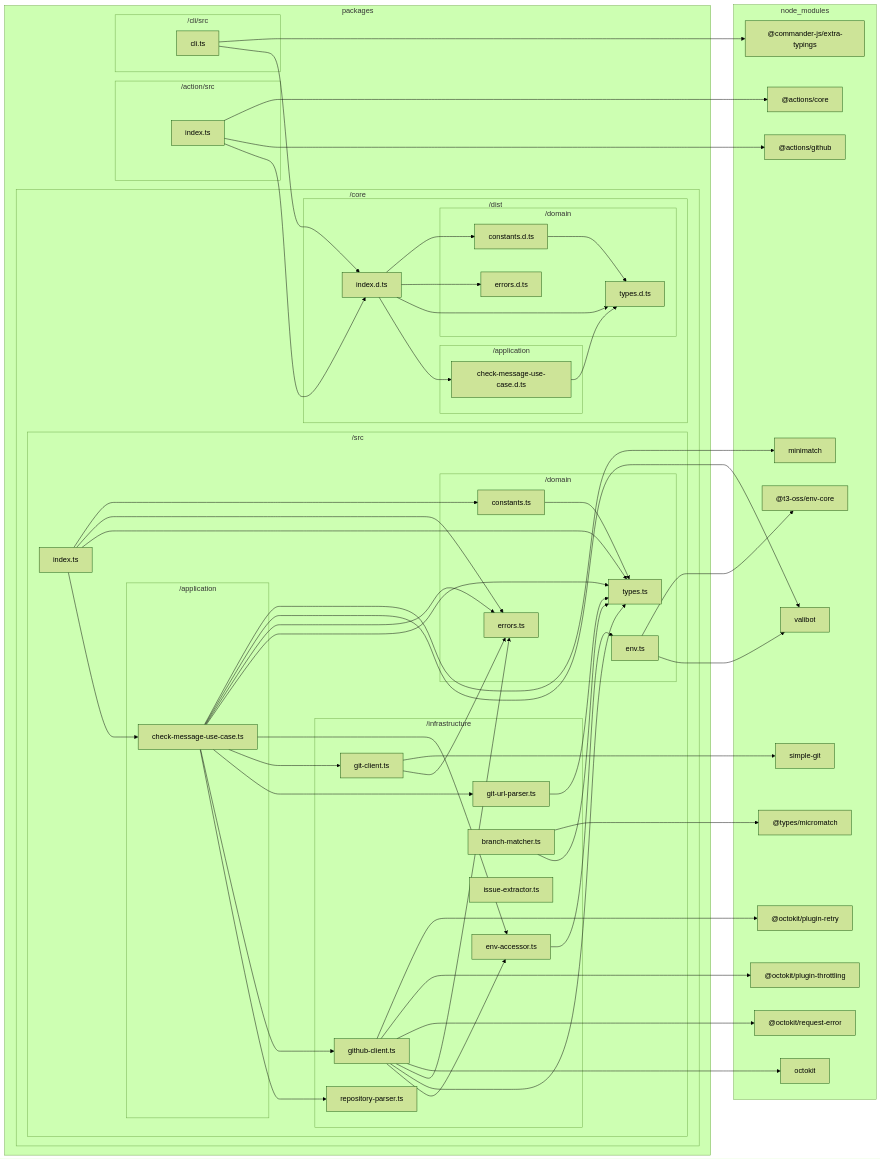
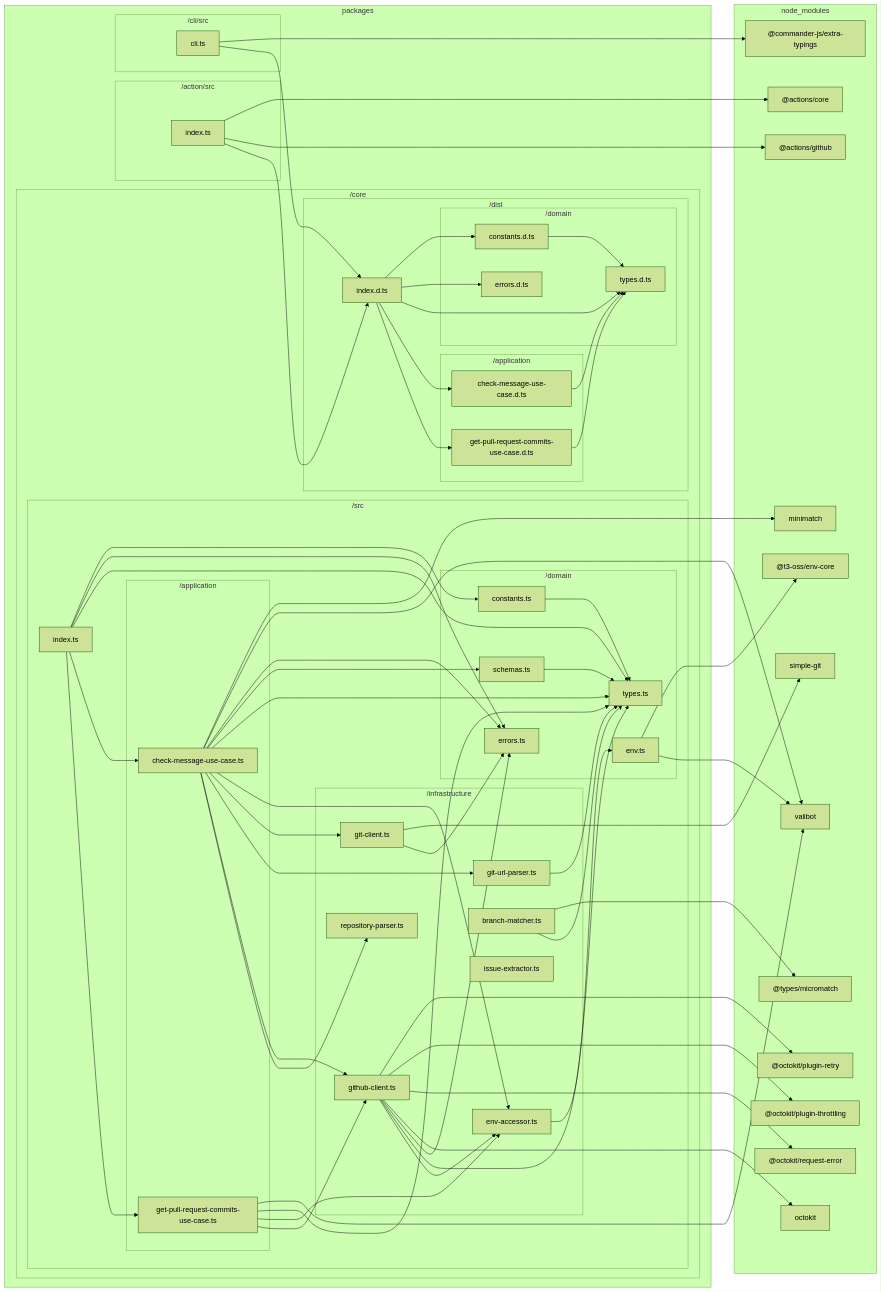
Before and after one commit to sugurutakahashi-1234/issue-linker: the diagram in docs/reports/dependencies/all.md, drawn with Mermaid (forest theme). The commit also changed 18 other files, not shown here.

````diff
--- a/docs/reports/dependencies/all.md
+++ b/docs/reports/dependencies/all.md
@@ -17,6 +17,7 @@
                 end
                 subgraph packages/core/dist/application["/application"]
                     packages/core/dist/application/check//message//use//case.d.ts["check-message-use-case.d.ts"]
+                    packages/core/dist/application/get//pull//request//commits//use//case.d.ts["get-pull-request-commits-use-case.d.ts"]
                 end
             end
             subgraph packages/core/src["/src"]
@@ -25,6 +26,7 @@
                     packages/core/src/domain/types.ts["types.ts"]
                     packages/core/src/domain/constants.ts["constants.ts"]
                     packages/core/src/domain/errors.ts["errors.ts"]
+                    packages/core/src/domain/schemas.ts["schemas.ts"]
                     packages/core/src/domain/env.ts["env.ts"]
                 end
                 subgraph packages/core/src/infrastructure["/infrastructure"]
@@ -38,6 +40,7 @@
                 end
                 subgraph packages/core/src/application["/application"]
                     packages/core/src/application/check//message//use//case.ts["check-message-use-case.ts"]
+                    packages/core/src/application/get//pull//request//commits//use//case.ts["get-pull-request-commits-use-case.ts"]
                 end
             end
         end
@@ -64,16 +67,19 @@
     end
     packages/core/dist/domain/constants.d.ts-->packages/core/dist/domain/types.d.ts
     packages/core/dist/application/check//message//use//case.d.ts-->packages/core/dist/domain/types.d.ts
+    packages/core/dist/application/get//pull//request//commits//use//case.d.ts-->packages/core/dist/domain/types.d.ts
     packages/core/dist/index.d.ts-->packages/core/dist/domain/constants.d.ts
     packages/core/dist/index.d.ts-->packages/core/dist/domain/errors.d.ts
     packages/core/dist/index.d.ts-->packages/core/dist/domain/types.d.ts
     packages/core/dist/index.d.ts-->packages/core/dist/application/check//message//use//case.d.ts
+    packages/core/dist/index.d.ts-->packages/core/dist/application/get//pull//request//commits//use//case.d.ts
     packages/action/src/index.ts-->node//modules///actions/core/lib/core.d.ts
     packages/action/src/index.ts-->node//modules///actions/github/lib/github.d.ts
     packages/action/src/index.ts-->packages/core/dist/index.d.ts
     packages/cli/src/cli.ts-->node//modules///commander//js/extra//typings/index.d.ts
     packages/cli/src/cli.ts-->packages/core/dist/index.d.ts
     packages/core/src/domain/constants.ts-->packages/core/src/domain/types.ts
+    packages/core/src/domain/schemas.ts-->packages/core/src/domain/types.ts
     packages/core/src/domain/env.ts-->node//modules///t3//oss/env//core/dist/index.d.ts
     packages/core/src/domain/env.ts-->node//modules/valibot/dist/index.d.cts
     packages/core/src/infrastructure/env//accessor.ts-->packages/core/src/domain/env.ts
@@ -90,16 +96,22 @@
     packages/core/src/application/check//message//use//case.ts-->node//modules/minimatch/dist/commonjs/index.d.ts
     packages/core/src/application/check//message//use//case.ts-->node//modules/valibot/dist/index.d.cts
     packages/core/src/application/check//message//use//case.ts-->packages/core/src/domain/errors.ts
+    packages/core/src/application/check//message//use//case.ts-->packages/core/src/domain/schemas.ts
     packages/core/src/application/check//message//use//case.ts-->packages/core/src/domain/types.ts
     packages/core/src/application/check//message//use//case.ts-->packages/core/src/infrastructure/env//accessor.ts
     packages/core/src/application/check//message//use//case.ts-->packages/core/src/infrastructure/git//client.ts
     packages/core/src/application/check//message//use//case.ts-->packages/core/src/infrastructure/git//url//parser.ts
     packages/core/src/application/check//message//use//case.ts-->packages/core/src/infrastructure/github//client.ts
     packages/core/src/application/check//message//use//case.ts-->packages/core/src/infrastructure/repository//parser.ts
+    packages/core/src/application/get//pull//request//commits//use//case.ts-->node//modules/valibot/dist/index.d.cts
+    packages/core/src/application/get//pull//request//commits//use//case.ts-->packages/core/src/domain/types.ts
+    packages/core/src/application/get//pull//request//commits//use//case.ts-->packages/core/src/infrastructure/env//accessor.ts
+    packages/core/src/application/get//pull//request//commits//use//case.ts-->packages/core/src/infrastructure/github//client.ts
     packages/core/src/index.ts-->packages/core/src/domain/constants.ts
     packages/core/src/index.ts-->packages/core/src/domain/errors.ts
     packages/core/src/index.ts-->packages/core/src/domain/types.ts
     packages/core/src/index.ts-->packages/core/src/application/check//message//use//case.ts
+    packages/core/src/index.ts-->packages/core/src/application/get//pull//request//commits//use//case.ts
     packages/core/src/infrastructure/branch//matcher.ts-->node//modules///types/micromatch/index.d.ts
     packages/core/src/infrastructure/branch//matcher.ts-->packages/core/src/domain/types.ts
 ```
````
